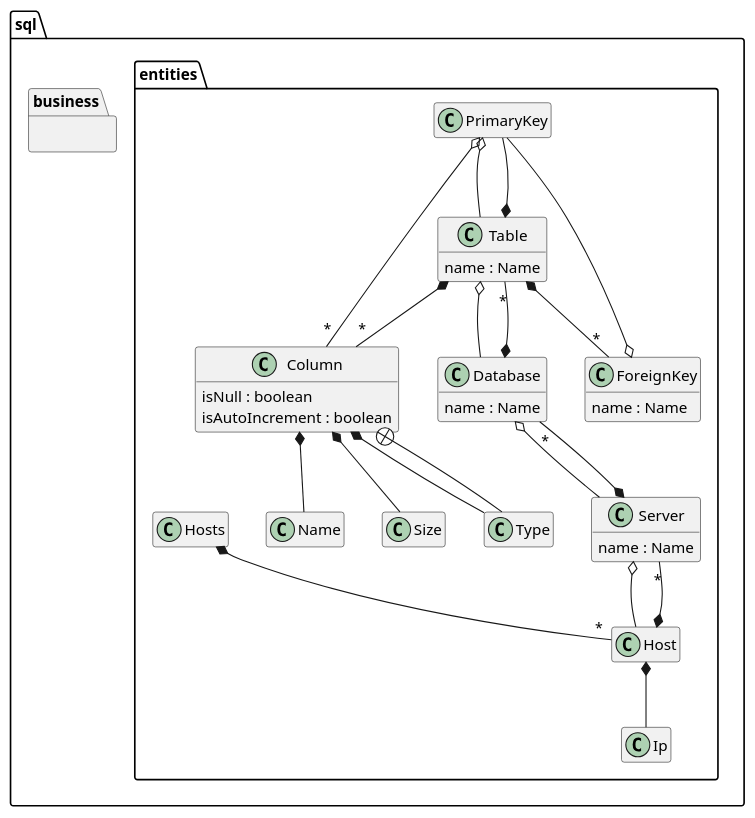
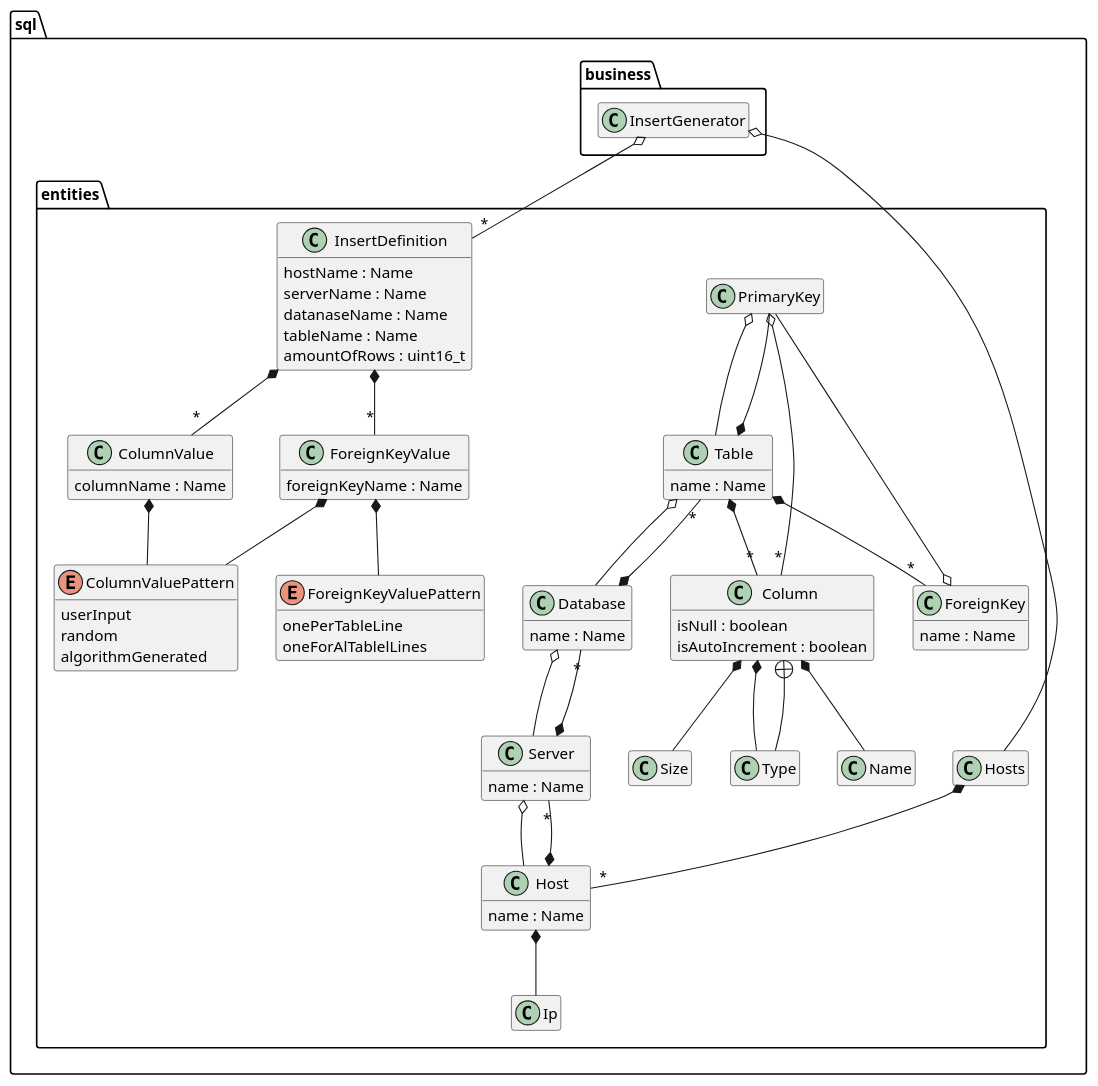
The diagram in code/sql/documents/sql.plantuml (rodrigocanellas/tenacitas), drawn with PlantUML before and after one commit. The commit also changed 22 other files, not shown here.

```diff
--- a/code/sql/documents/sql.plantuml
+++ b/code/sql/documents/sql.plantuml
@@ -1,60 +1,100 @@
 @startuml
 
 hide empty members
 allow_mixing
 
 namespace  sql {
+
 
 namespace entities {
 class Size
 class Type
 class Name
 class Column {
 	isNull : boolean
 	isAutoIncrement : boolean
 }
 class PrimaryKey
 class ForeignKey {
 	name : Name
 }
 class Table {
 	name : Name
 }
 class Database {
 	name : Name
 }
 class Ip
-class Host
+class Host {
+	name : Name
+}
 class Server {
 	name : Name
+}
+
+class InsertDefinition {
+	hostName : Name
+	serverName : Name
+	datanaseName : Name
+	tableName : Name
+	amountOfRows : uint16_t
+}
+
+class ForeignKeyValue {
+	foreignKeyName : Name	
+}
+
+enum ColumnValuePattern {
+	userInput
+	random
+	algorithmGenerated
+}
+
+class ColumnValue {
+	columnName : Name
+}
+
+enum ForeignKeyValuePattern {
+	onePerTableLine
+	oneForAlTablelLines
 }
 
 Column *-- Name
 Column *-- Type
 Column *-- Size
 
 PrimaryKey o-- "*" Column
 PrimaryKey o-- Table
 ForeignKey o-- PrimaryKey
 
 Table *-- PrimaryKey
 Table *--  "*" ForeignKey
 Table *-- "*" Column 
 Table o-- Database
 Database *-- "*" Table
 Host *-- "*" Server
 Server *-- "*" Database
 Host *-- Ip
 Column +-- Type
 Database o-- Server
 Server o-- Host
 Hosts *-- "*" Host
+ColumnValue *-- ColumnValuePattern
+ForeignKeyValue *-- ForeignKeyValuePattern
+ForeignKeyValue *-- ColumnValuePattern
+InsertDefinition *-- "*"  ForeignKeyValue
+InsertDefinition *-- "*" ColumnValue
 }
 
 namespace business {
+class InsertGenerator
 
+InsertGenerator o--  "*" sql.entities.InsertDefinition
+InsertGenerator o-- sql.entities.Hosts
 }
+
+
 }
 
 
 @enduml
```
